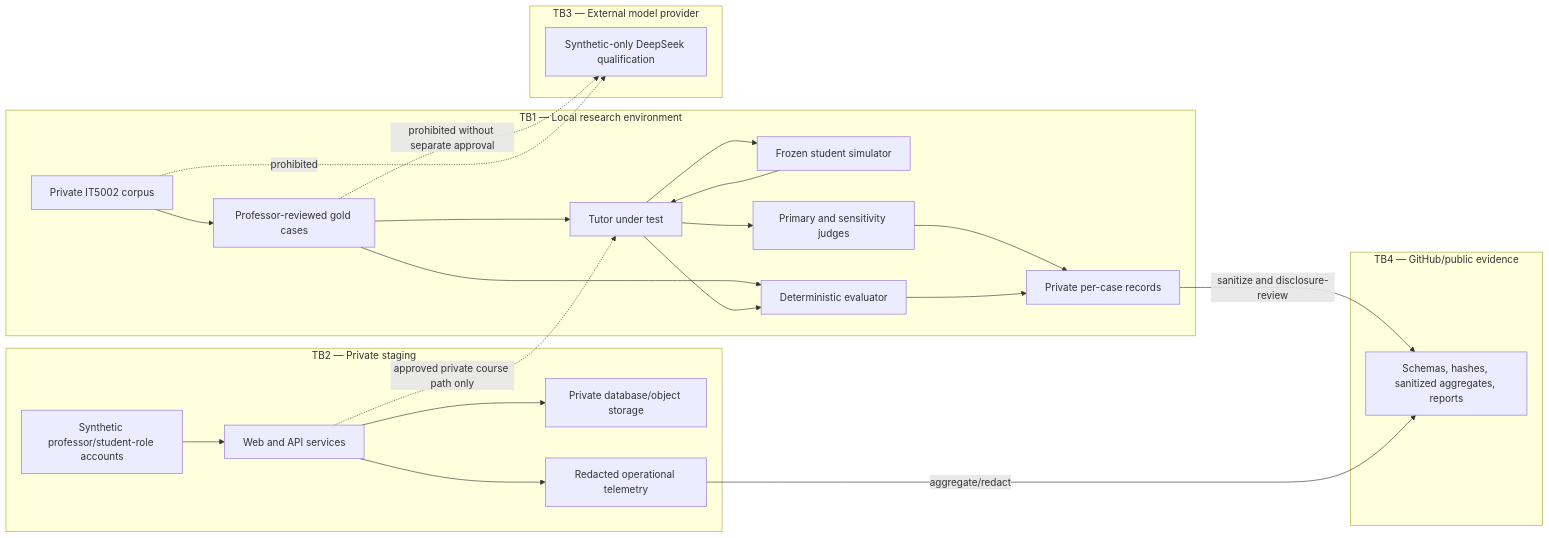
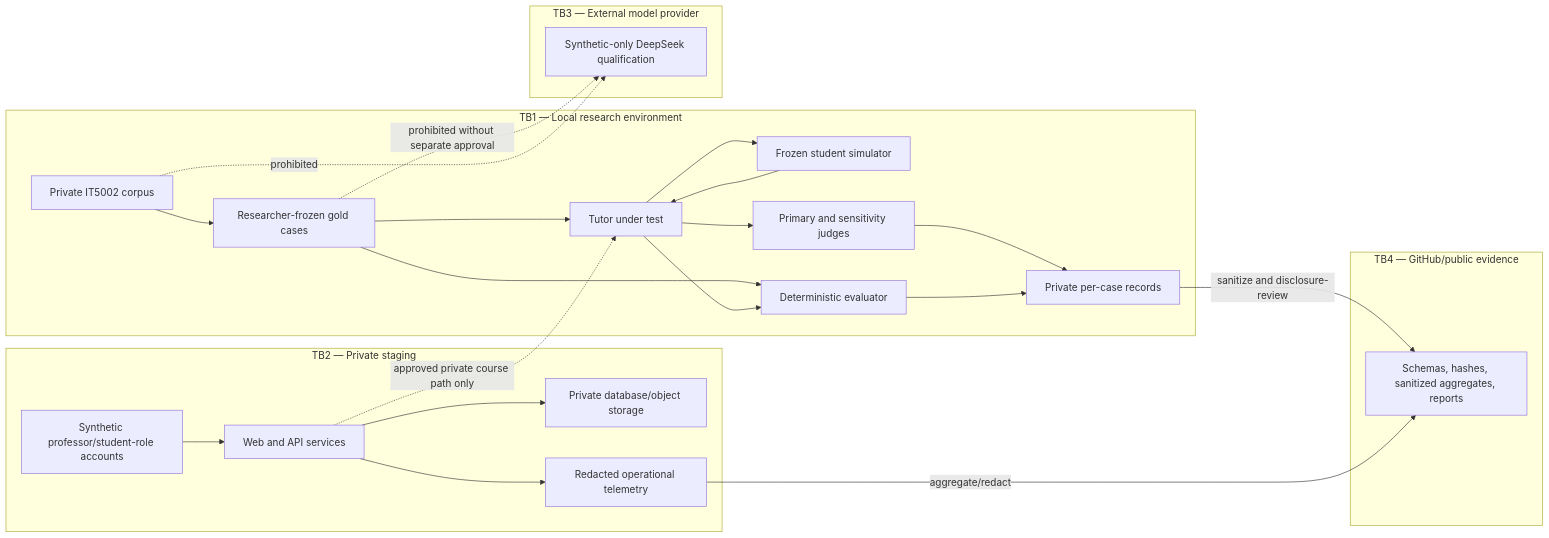
Before and after one commit to horiiiiii032929/digital-twin: the diagram in docs/evaluation-data-flow-and-threat-model.md, drawn with Mermaid. The commit also changed other lines of this file and 16 other files, not shown here.

````diff
--- a/docs/evaluation-data-flow-and-threat-model.md
+++ b/docs/evaluation-data-flow-and-threat-model.md
@@ -39,47 +40,47 @@
 ```mermaid
 flowchart LR
     subgraph L["TB1 — Local research environment"]
         P["Private IT5002 corpus"]
-        G["Professor-reviewed gold cases"]
+        G["Researcher-frozen gold cases"]
         S["Frozen student simulator"]
         T["Tutor under test"]
         J["Primary and sensitivity judges"]
         D["Deterministic evaluator"]
         R["Private per-case records"]
     end
 
     subgraph ST["TB2 — Private staging"]
         A["Synthetic professor/student-role accounts"]
         W["Web and API services"]
         DB["Private database/object storage"]
         O["Redacted operational telemetry"]
     end
 
     subgraph E["TB3 — External model provider"]
         X["Synthetic-only DeepSeek qualification"]
     end
 
     subgraph GH["TB4 — GitHub/public evidence"]
         M["Schemas, hashes, sanitized aggregates, reports"]
     end
 
     P --> G
     G --> T
     G --> D
     S --> T
     T --> S
     T --> J
     T --> D
     J --> R
     D --> R
 
     A --> W
     W --> DB
     W --> O
     W -. "approved private course path only" .-> T
 
     G -. "prohibited without separate approval" .-> X
     P -. "prohibited" .-> X
     R -->|"sanitize and disclosure-review"| M
     O -->|"aggregate/redact"| M
 ```
````
